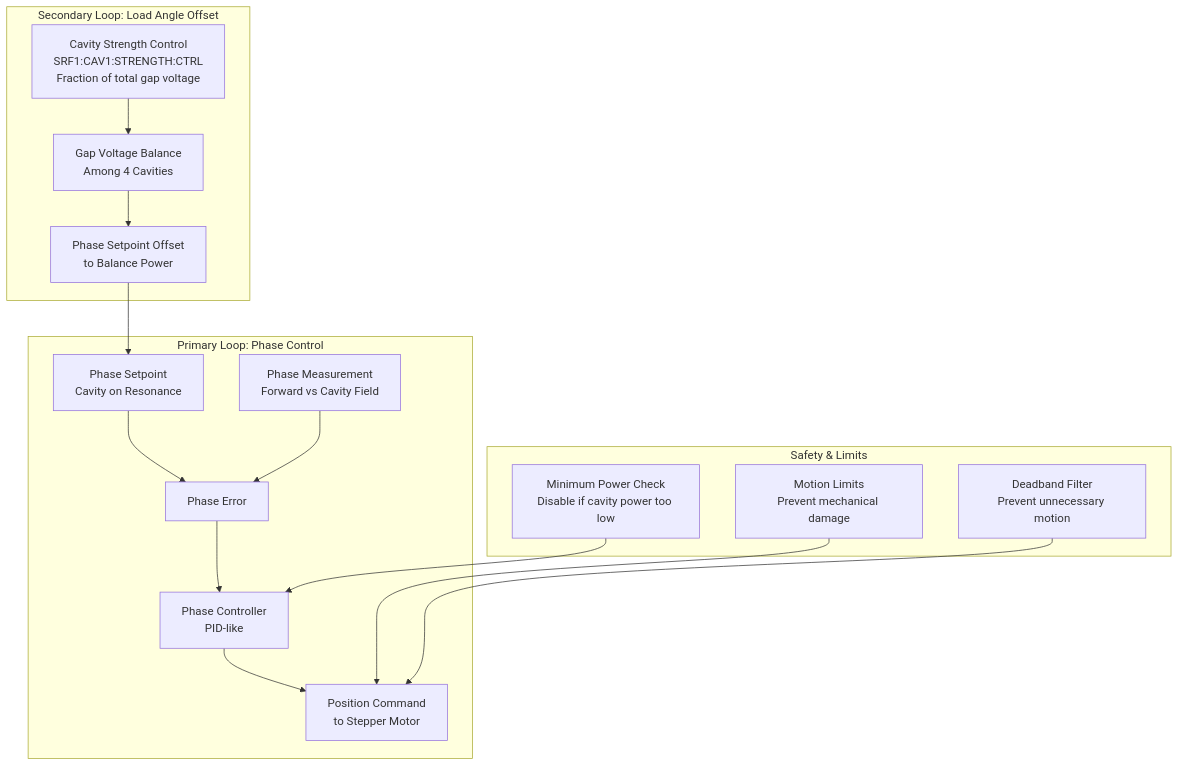
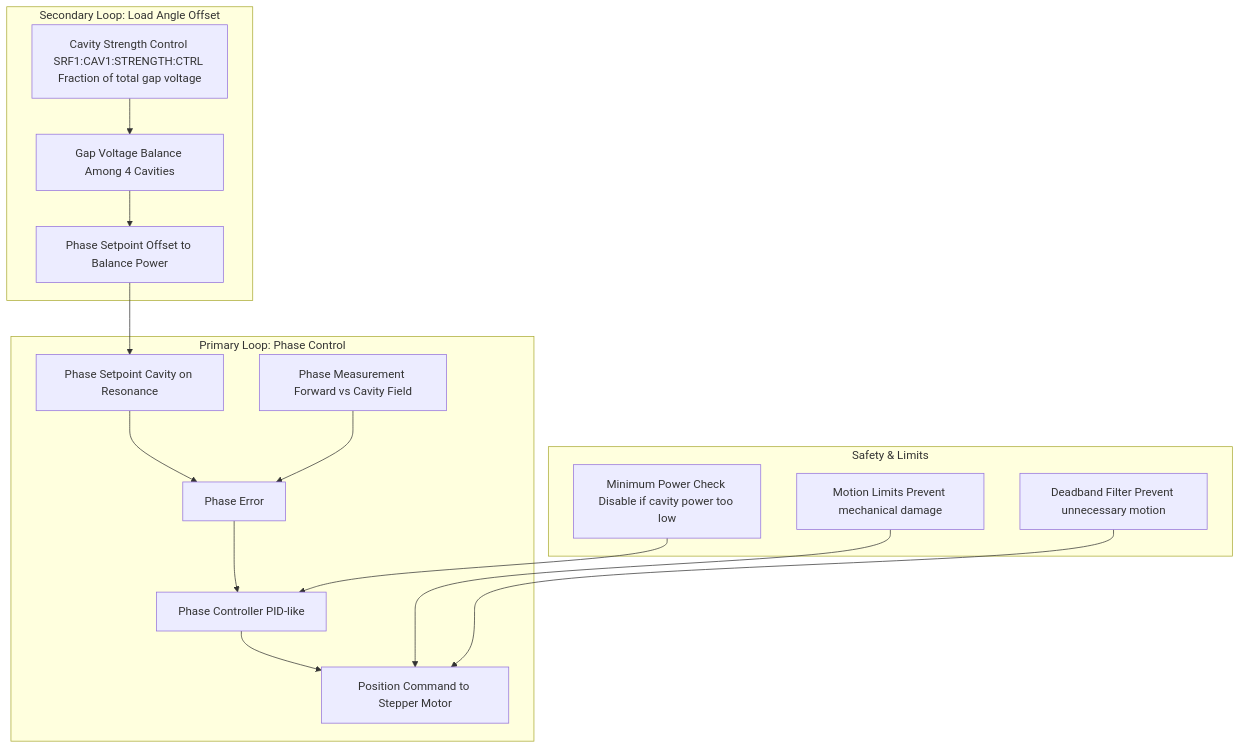
One commit to fayaw/spearlegacyLLRF changed diagram 13 of 18 in SPEAR3_LLRF_COMPREHENSIVE_ANALYSIS.md. Above: the diagram before and after it, drawn with Mermaid. The commit also changed other lines of this file, not shown here.

First line of the commit message:
Fix Mermaid diagram syntax errors

````diff
--- a/SPEAR3_LLRF_COMPREHENSIVE_ANALYSIS.md
+++ b/SPEAR3_LLRF_COMPREHENSIVE_ANALYSIS.md
@@ -624,35 +624,35 @@
 ```mermaid
 graph TB
-    subgraph "Primary Loop: Phase Control"
-        Phase_Setpoint[Phase Setpoint<br/>Cavity on Resonance]
-        Phase_Measurement[Phase Measurement<br/>Forward vs Cavity Field]
-        Phase_Error[Phase Error]
-        Phase_Controller[Phase Controller<br/>PID-like]
-        Position_Command[Position Command<br/>to Stepper Motor]
-    end
-    
-    subgraph "Secondary Loop: Load Angle Offset"
-        Cavity_Strength[Cavity Strength Control<br/>SRF1:CAV1:STRENGTH:CTRL<br/>Fraction of total gap voltage]
-        Gap_Voltage_Balance[Gap Voltage Balance<br/>Among 4 Cavities]
-        Phase_Offset[Phase Setpoint Offset<br/>to Balance Power]
-    end
-    
-    subgraph "Safety & Limits"
-        Power_Check[Minimum Power Check<br/>Disable if cavity power too low]
-        Motion_Limits[Motion Limits<br/>Prevent mechanical damage]
-        Deadband[Deadband Filter<br/>Prevent unnecessary motion]
-    end
-    
-    Phase_Setpoint --> Phase_Error
-    Phase_Measurement --> Phase_Error
-    Phase_Error --> Phase_Controller
-    Phase_Controller --> Position_Command
-    
-    Cavity_Strength --> Gap_Voltage_Balance
-    Gap_Voltage_Balance --> Phase_Offset
-    Phase_Offset --> Phase_Setpoint
-    
-    Power_Check --> Phase_Controller
-    Motion_Limits --> Position_Command
-    Deadband --> Position_Command
+ subgraph "Primary Loop: Phase Control"
+ Phase_Setpoint[Phase Setpoint Cavity on Resonance]
+ Phase_Measurement[Phase Measurement Forward vs Cavity Field]
+ Phase_Error[Phase Error]
+ Phase_Controller[Phase Controller PID-like]
+ Position_Command[Position Command to Stepper Motor]
+ end
+ 
+ subgraph "Secondary Loop: Load Angle Offset"
+ Cavity_Strength[Cavity Strength Control SRF1:CAV1:STRENGTH:CTRL Fraction of total gap voltage]
+ Gap_Voltage_Balance[Gap Voltage Balance Among 4 Cavities]
+ Phase_Offset[Phase Setpoint Offset to Balance Power]
+ end
+ 
+ subgraph "Safety & Limits"
+ Power_Check[Minimum Power Check Disable if cavity power too low]
+ Motion_Limits[Motion Limits Prevent mechanical damage]
+ Deadband[Deadband Filter Prevent unnecessary motion]
+ end
+ 
+ Phase_Setpoint --> Phase_Error
+ Phase_Measurement --> Phase_Error
+ Phase_Error --> Phase_Controller
+ Phase_Controller --> Position_Command
+ 
+ Cavity_Strength --> Gap_Voltage_Balance
+ Gap_Voltage_Balance --> Phase_Offset
+ Phase_Offset --> Phase_Setpoint
+ 
+ Power_Check --> Phase_Controller
+ Motion_Limits --> Position_Command
+ Deadband --> Position_Command
 ```
````
